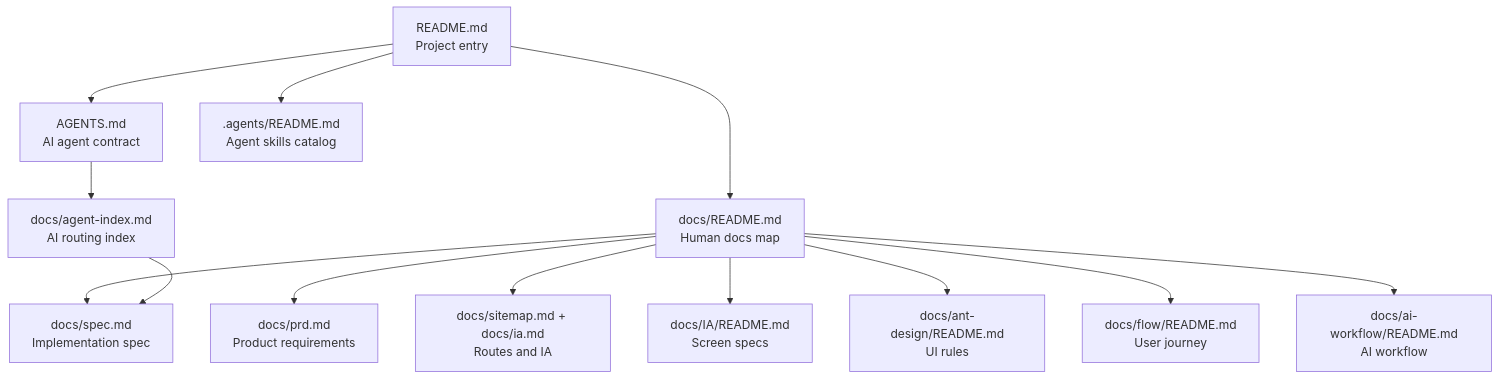
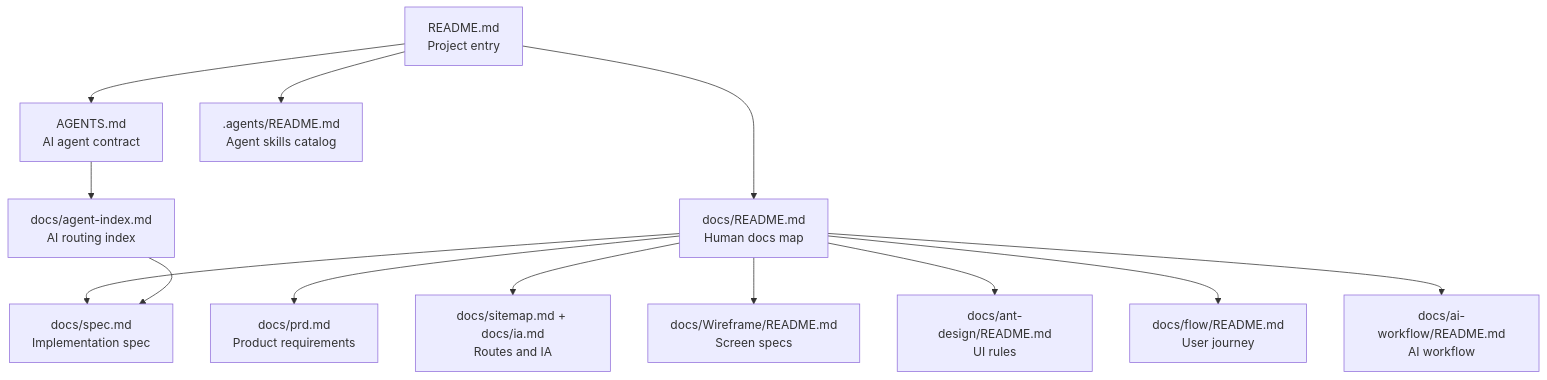
The eighth of 8 diagrams in README.md (blackstarzck/topik-project-v13), drawn with Mermaid before and after one commit. The commit also changed other lines of this file and 292 other files, not shown here.

````diff
--- a/README.md
+++ b/README.md
@@ -231,15 +231,15 @@
 ```mermaid
 flowchart TD
     A["README.md<br/>Project entry"] --> B["docs/README.md<br/>Human docs map"]
     A --> X["AGENTS.md<br/>AI agent contract"]
     A --> Z[".agents/README.md<br/>Agent skills catalog"]
     X --> Y["docs/agent-index.md<br/>AI routing index"]
     B --> C["docs/spec.md<br/>Implementation spec"]
     B --> D["docs/prd.md<br/>Product requirements"]
     B --> E["docs/sitemap.md + docs/ia.md<br/>Routes and IA"]
-    B --> F["docs/IA/README.md<br/>Screen specs"]
+    B --> F["docs/Wireframe/README.md<br/>Screen specs"]
     B --> G["docs/ant-design/README.md<br/>UI rules"]
     B --> H["docs/flow/README.md<br/>User journey"]
     B --> I["docs/ai-workflow/README.md<br/>AI workflow"]
     Y --> C
 ```
````
